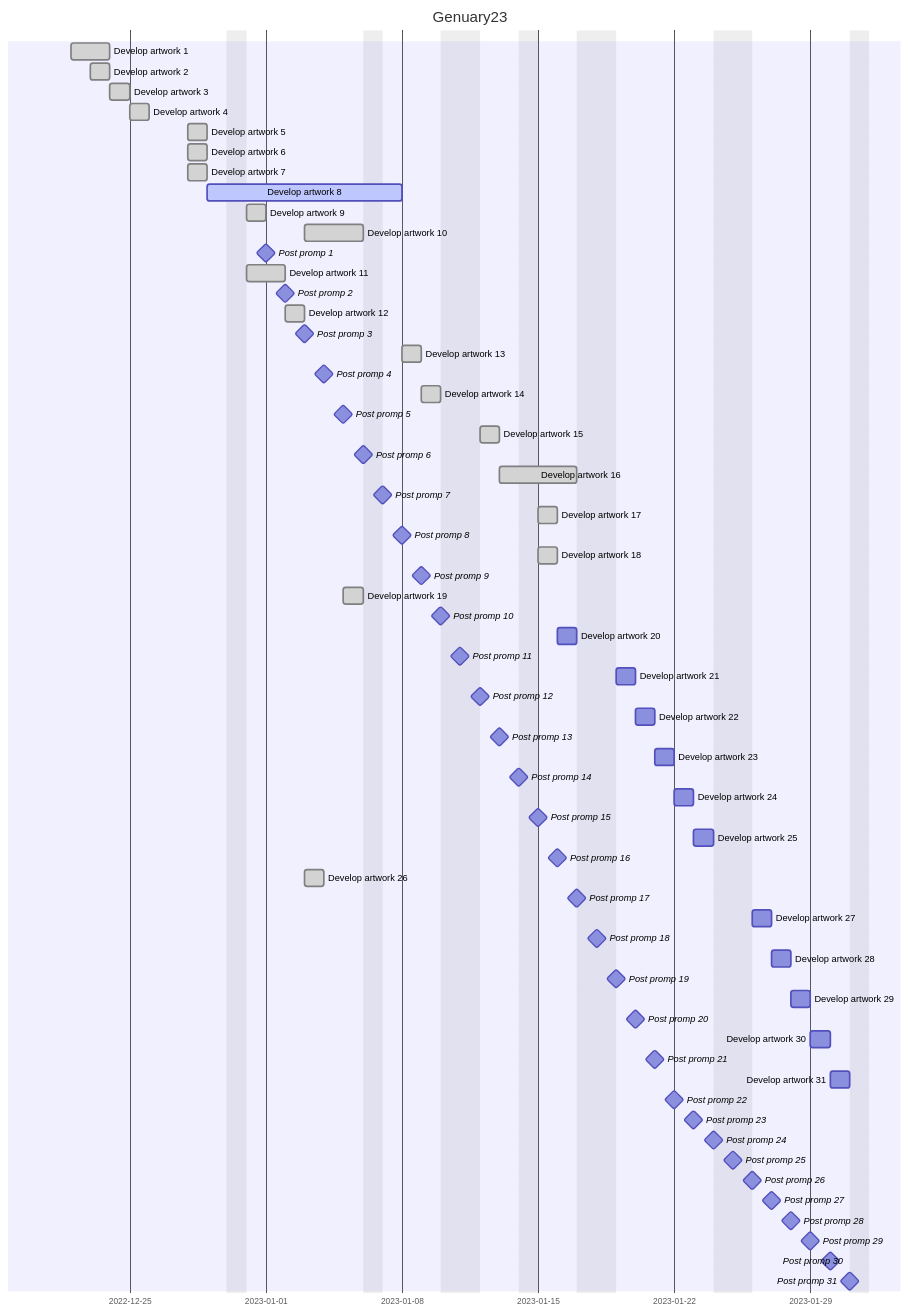
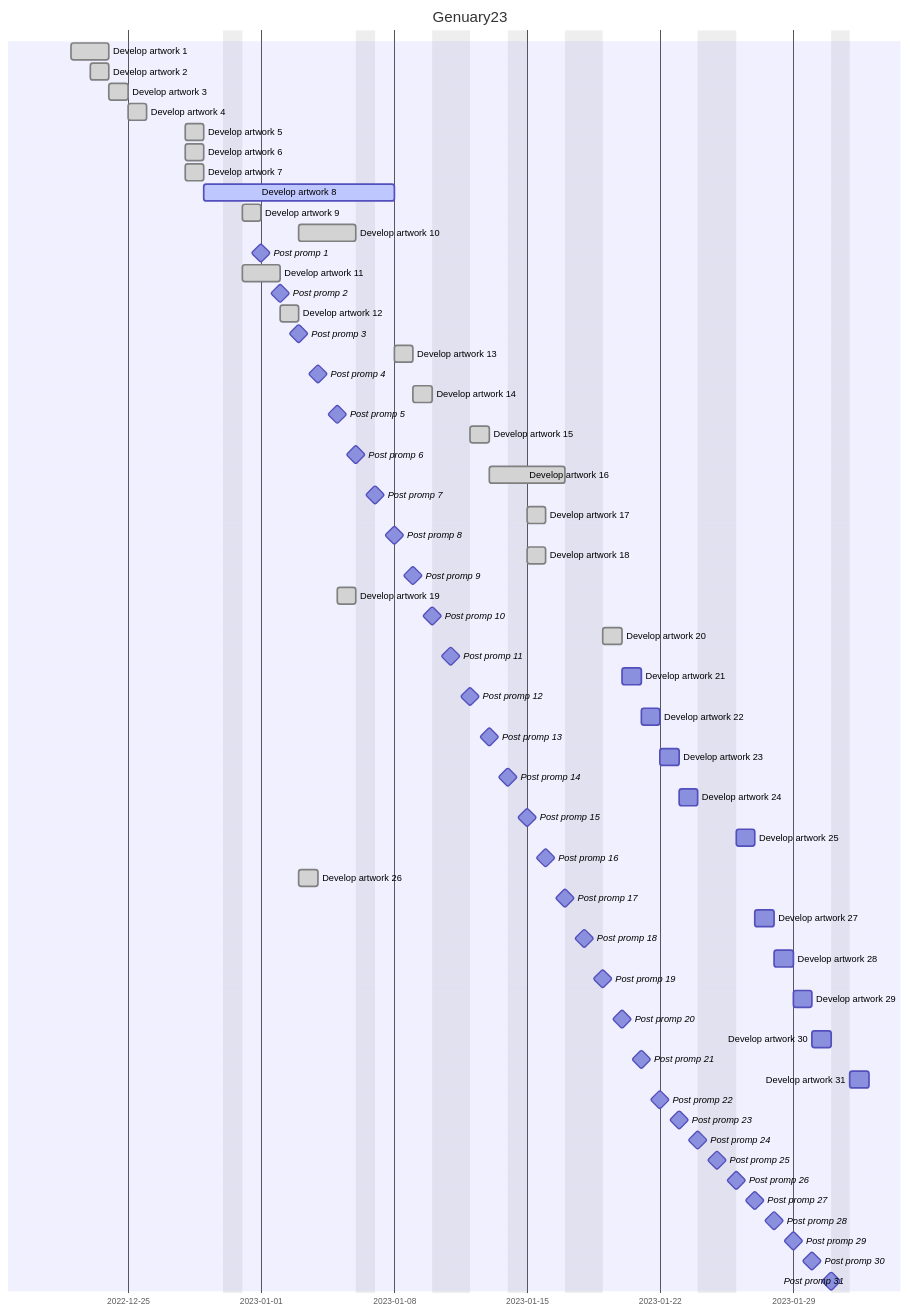
One commit to markralovna/markralovna.github.io changed the diagram in com/Genuary23/index.md. Above: the diagram before and after it, drawn with Mermaid. The commit also changed 2 other files, not shown here.

Commit message:
Genuary 23 promp 20

````diff
--- a/com/Genuary23/index.md
+++ b/com/Genuary23/index.md
@@ -41,68 +41,68 @@
 ```mermaid
 gantt
 	title Genuary23
     excludes    2023-01-10,2023-01-11,2023-01-17,2023-01-18,2023-01-24,2023-01-25,2023-01-31,2022-12-30,2023-01-06,2023-01-14
 	dateFormat  YYYY-MM-DD
 	Develop artwork  1               : done     ,     d01,     2022-12-22,     2d 
 	Develop artwork  2               : done     ,     d02,     2022-12-23,     1d 
 	Develop artwork  3               : done     ,     d03,     2022-12-24,     1d 
 	Develop artwork  4               : done     ,     d04,     2022-12-25,     1d 
 	Develop artwork  5               : done     ,     d05,     2022-12-28,     1d 
 	Develop artwork  6               : done     ,     d06,     2022-12-28,     1d 
 	Develop artwork  7               : done     ,     d07,     2022-12-28,     1d 
 	Develop artwork  8               : active   ,     d08,     2022-12-29,     8d 
 	Develop artwork  9               : done     ,     d09,     2022-12-31,     1d 
 	Develop artwork 10               : done     ,     d10,     2023-01-03,     3d 
 	Post promp  1                    : milestone,     p01,     2023-01-01,     0d 
 	Develop artwork 11               : done     ,     d11,     2022-12-31,     2d 
 	Post promp  2                    : milestone,     p02,     2023-01-02,     0d 
 	Develop artwork 12               : done     ,     d12,     2023-01-02,     1d 
 	Post promp  3                    : milestone,     p03,     2023-01-03,     0d 
 	Develop artwork 13               : done     ,     d13,     2023-01-08,     1d 
 	Post promp  4                    : milestone,     p04,     2023-01-04,     0d 
 	Develop artwork 14               : done     ,     d14,     2023-01-09,     1d 
 	Post promp  5                    : milestone,     p05,     2023-01-05,     0d 
 	Develop artwork 15               : done     ,     d15,     2023-01-12,     1d 
 	Post promp  6                    : milestone,     p06,     2023-01-06,     0d 
 	Develop artwork 16               : done     ,     d16,     2023-01-13,     3d 
 	Post promp  7                    : milestone,     p07,     2023-01-07,     0d 
 	Develop artwork 17               : done     ,     d17,     2023-01-15,     1d 
 	Post promp  8                    : milestone,     p08,     2023-01-08,     0d 
 	Develop artwork 18               : done     ,     d18,     2023-01-15,     1d 
 	Post promp  9                    : milestone,     p09,     2023-01-09,     0d 
 	Develop artwork 19               : done     ,     d19,     2023-01-05,     1d 
 	Post promp 10                    : milestone,     p10,     2023-01-10,     0d 
-	Develop artwork 20               :                d20,     after d18 ,     1d 
+	Develop artwork 20               : done     ,     d20,     2023-01-19,     1d 
 	Post promp 11                    : milestone,     p11,     2023-01-11,     0d 
 	Develop artwork 21               :                d21,     after d20 ,     1d 
 	Post promp 12                    : milestone,     p12,     2023-01-12,     0d 
 	Develop artwork 22               :                d22,     after d21 ,     1d 
 	Post promp 13                    : milestone,     p13,     2023-01-13,     0d 
 	Develop artwork 23               :                d23,     after d22 ,     1d 
 	Post promp 14                    : milestone,     p14,     2023-01-14,     0d 
 	Develop artwork 24               :                d24,     after d23 ,     1d 
 	Post promp 15                    : milestone,     p15,     2023-01-15,     0d 
 	Develop artwork 25               :                d25,     after d24 ,     1d 
 	Post promp 16                    : milestone,     p16,     2023-01-16,     0d 
 	Develop artwork 26               : done     ,     d26,     2023-01-03,     1d 
 	Post promp 17                    : milestone,     p17,     2023-01-17,     0d 
 	Develop artwork 27               :                d27,     after d25 ,     1d 
 	Post promp 18                    : milestone,     p18,     2023-01-18,     0d 
 	Develop artwork 28               :                d28,     after d27 ,     1d 
 	Post promp 19                    : milestone,     p19,     2023-01-19,     0d 
 	Develop artwork 29               :                d29,     after d28 ,     1d 
 	Post promp 20                    : milestone,     p20,     2023-01-20,     0d 
 	Develop artwork 30               :                d30,     after d29 ,     1d 
 	Post promp 21                    : milestone,     p21,     2023-01-21,     0d 
 	Develop artwork 31               :                d31,     after d30 ,     1d 
 	Post promp 22                    : milestone,     p22,     2023-01-22,     0d 
 	Post promp 23                    : milestone,     p23,     2023-01-23,     0d 
 	Post promp 24                    : milestone,     p24,     2023-01-24,     0d 
 	Post promp 25                    : milestone,     p25,     2023-01-25,     0d 
 	Post promp 26                    : milestone,     p26,     2023-01-26,     0d 
 	Post promp 27                    : milestone,     p27,     2023-01-27,     0d 
 	Post promp 28                    : milestone,     p28,     2023-01-28,     0d 
 	Post promp 29                    : milestone,     p29,     2023-01-29,     0d 
 	Post promp 30                    : milestone,     p30,     2023-01-30,     0d 
 	Post promp 31                    : milestone,     p31,     2023-01-31,     0d 
 ```
````
